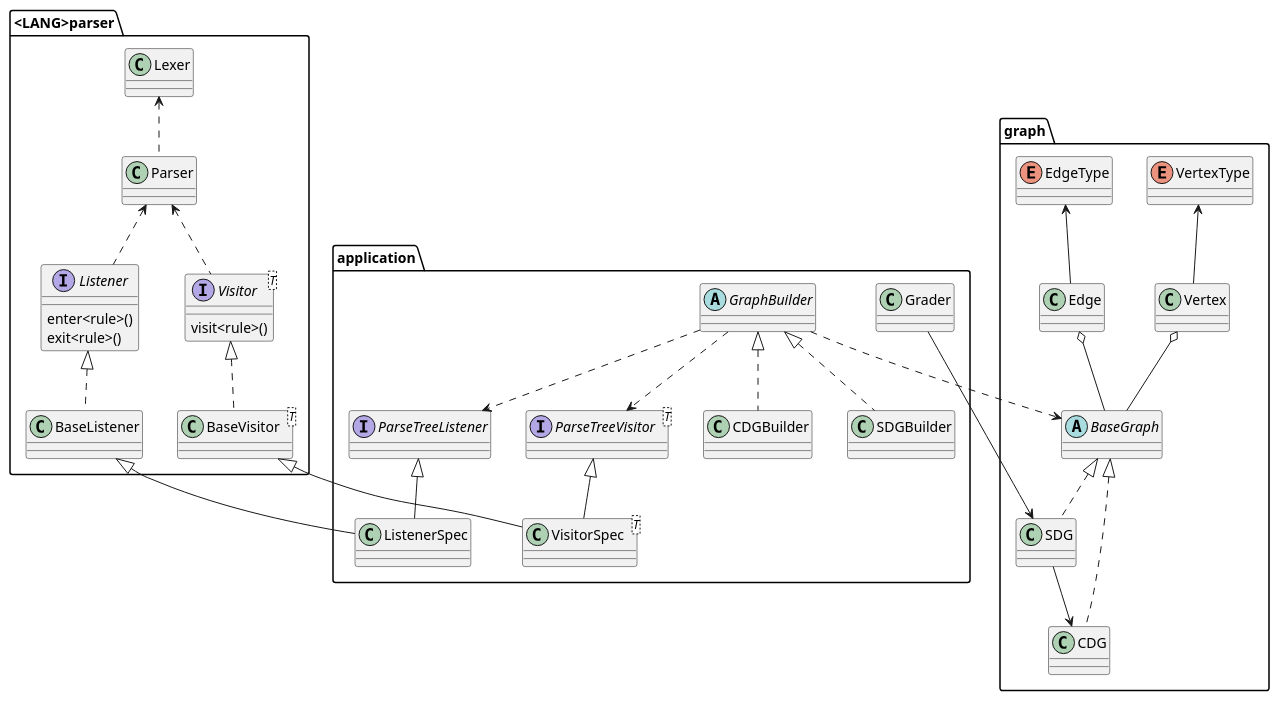
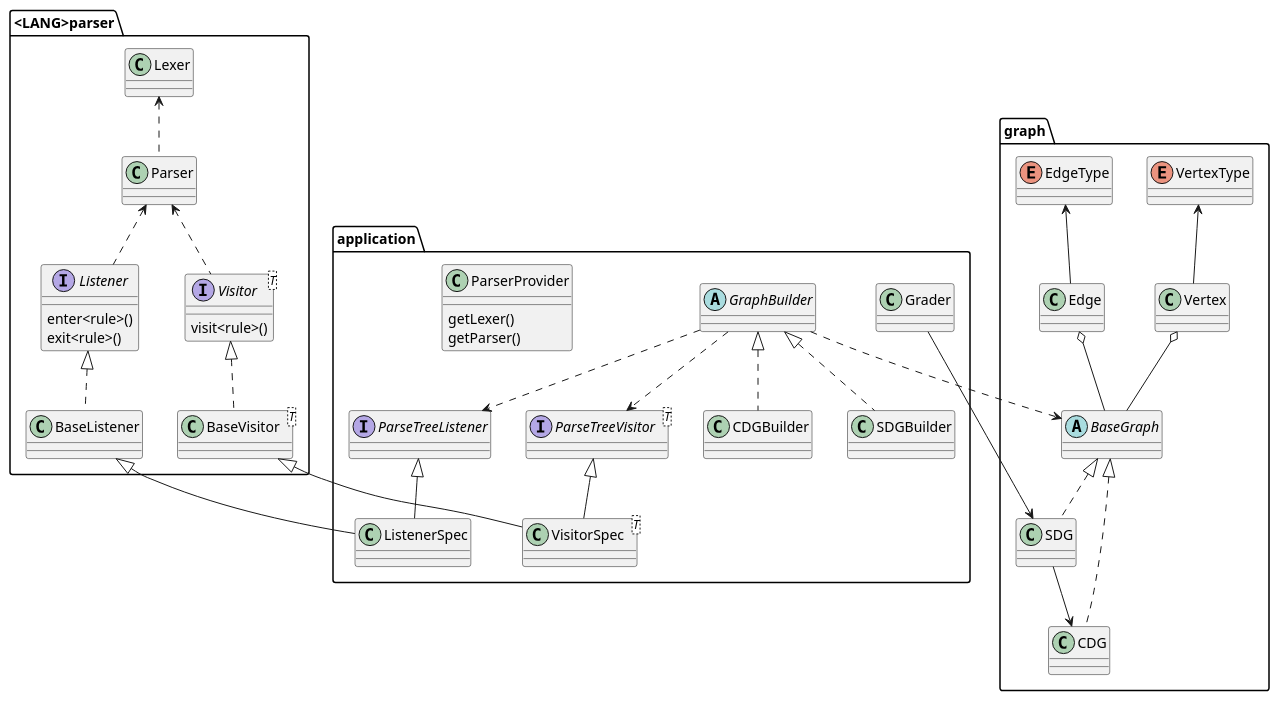
Before and after one commit to kuangyl0212/PAAA: the diagram in src/main/uml/Application.puml, drawn with PlantUML. The commit also changed 22 other files, not shown here.

```diff
--- a/src/main/uml/Application.puml
+++ b/src/main/uml/Application.puml
@@ -1,90 +1,95 @@
 @startuml
 
 package "<LANG>parser" {
 Lexer    <..  Parser
 Parser   <..  Listener
 Parser   <..  Visitor
 Listener <|.. BaseListener
 Visitor  <|.. BaseVisitor
 
 Class Parser {
 
 }
 Class Lexer {
 
 }
 
 Interface Visitor<T> {
     visit<rule>()
 }
 Interface Listener {
     enter<rule>()
     exit<rule>()
 }
 
 Class BaseVisitor<T> {
 }
 Class BaseListener {
 }
 
 }
 
 package "graph" {
 Edge   o-- BaseGraph
 Vertex o-- BaseGraph
 BaseGraph <|.. CDG
 BaseGraph <|.. SDG
 VertexType <-- Vertex
 EdgeType <-- Edge
 SDG --> CDG
 
 abstract Class BaseGraph
 Class Vertex
 Class Edge
 Class CDG
 Class SDG
 enum VertexType
 enum EdgeType
 
 }
 
 
 package "application" {
 
 ParseTreeListener     <|-- ListenerSpec
 ParseTreeVisitor      <|-- VisitorSpec
 BaseListener <|-- ListenerSpec
 BaseVisitor  <|-- VisitorSpec
 
 Interface ParseTreeListener {
 }
 Interface ParseTreeVisitor<T> {
 }
 
 
 Class ListenerSpec {
 }
 Class VisitorSpec<T> {
 }
 
 GraphBuilder ..> BaseGraph
 
 GraphBuilder <|.. CDGBuilder
 GraphBuilder <|.. SDGBuilder
 
 GraphBuilder ..> ParseTreeListener
 GraphBuilder ..> ParseTreeVisitor
 
 Grader --> SDG
 
 abstract GraphBuilder
 
 Class CDGBuilder
 Class SDGBuilder
 Class Grader
 
+Class ParserProvider {
+    getLexer()
+    getParser()
+}
+
 
 }
 
 
 @enduml
```
